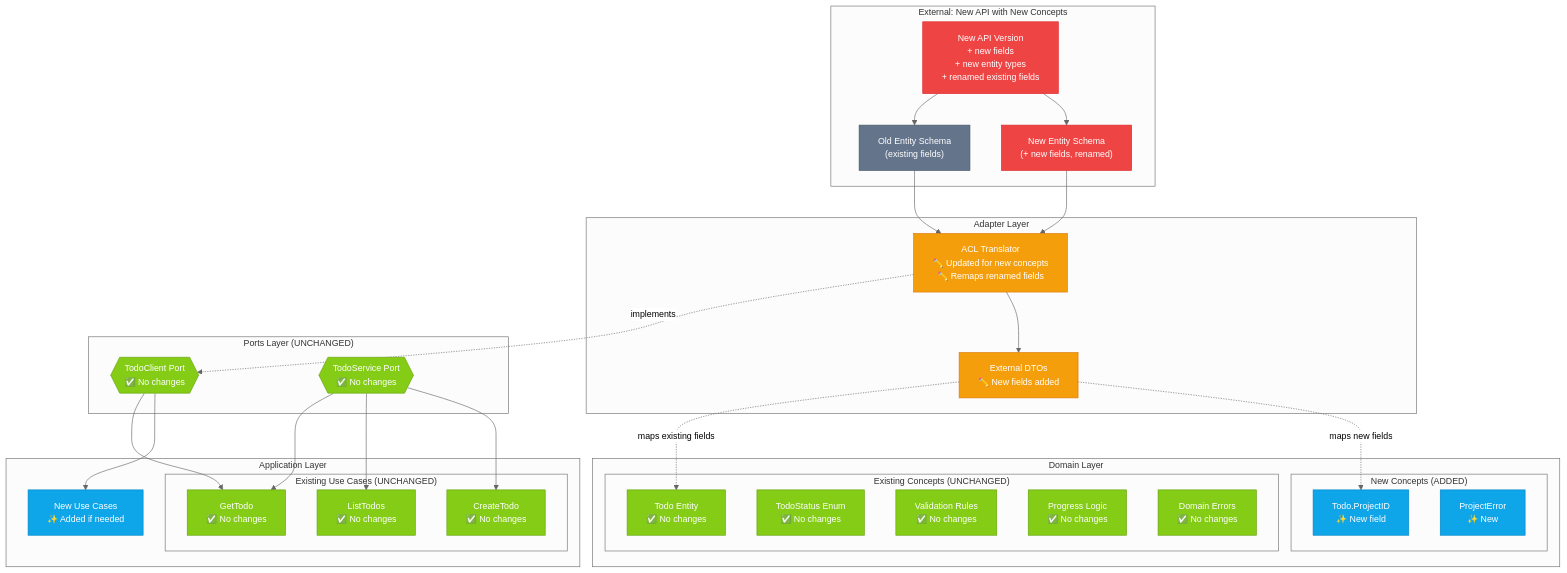
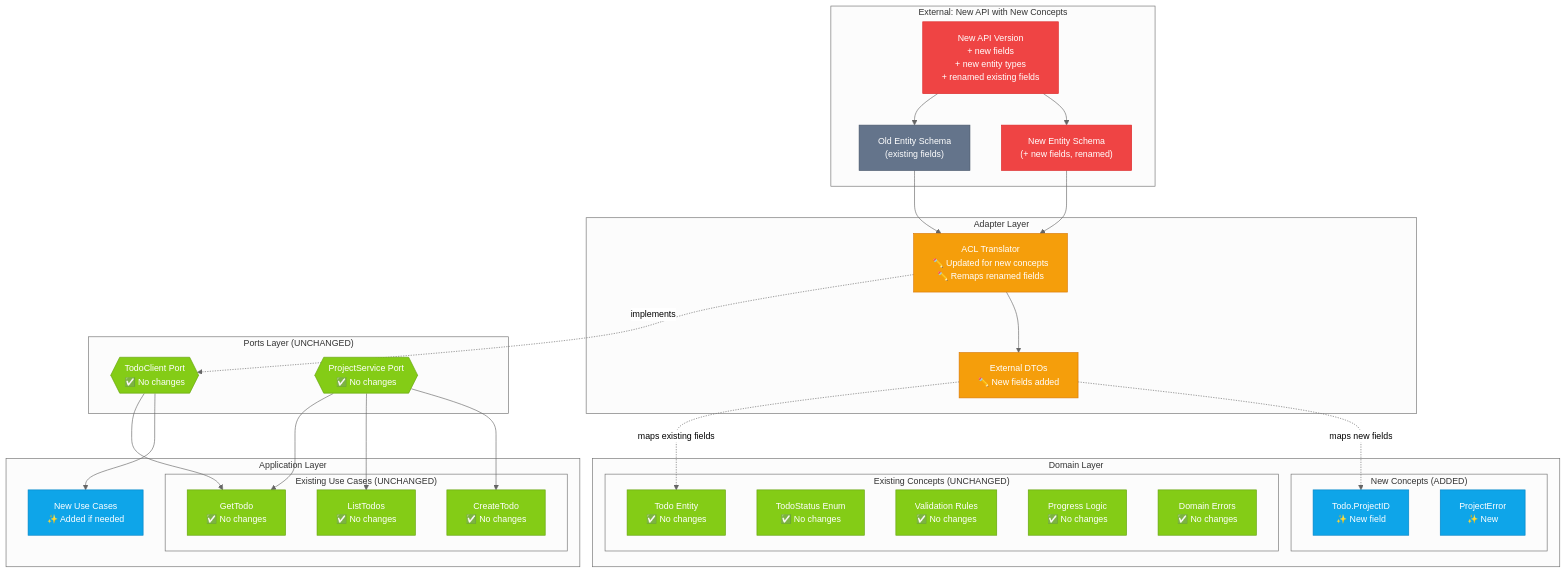
The eighth of 9 diagrams in docs/adr/0001-hexagonal-architecture.md (jsamuelsen11/go-service-template-v2), drawn with Mermaid before and after one commit. The commit also changed other lines of this file and 18 other files, not shown here.

First line of the commit message:
feat: add port interfaces, Project domain entity, and generate mocks

````diff
--- a/docs/adr/0001-hexagonal-architecture.md
+++ b/docs/adr/0001-hexagonal-architecture.md
@@ -565,76 +565,76 @@
 ```mermaid
 %%{init: {'theme': 'neutral', 'themeVariables': { 'fontSize': '14px' }}}%%
 flowchart TB
     subgraph external["External: New API with New Concepts"]
         API["New API Version<br/>+ new fields<br/>+ new entity types<br/>+ renamed existing fields"]
         OldEntity["Old Entity Schema<br/>(existing fields)"]
         NewEntity["New Entity Schema<br/>(+ new fields, renamed)"]
     end
 
     subgraph adapter["Adapter Layer"]
         NewACL["ACL Translator<br/>✏️ Updated for new concepts<br/>✏️ Remaps renamed fields"]
         NewDTO["External DTOs<br/>✏️ New fields added"]
     end
 
     subgraph domain["Domain Layer"]
         subgraph unchanged["Existing Concepts (UNCHANGED)"]
             ExistingEntity["Todo Entity<br/>✅ No changes"]
             ExistingStatus["TodoStatus Enum<br/>✅ No changes"]
             ExistingLogic["Validation Rules<br/>✅ No changes"]
             ExistingProgress["Progress Logic<br/>✅ No changes"]
             ExistingErrors["Domain Errors<br/>✅ No changes"]
         end
         subgraph added["New Concepts (ADDED)"]
             NewFields["Todo.ProjectID<br/>✨ New field"]
             NewErrors["ProjectError<br/>✨ New"]
         end
     end
 
     subgraph app["Application Layer"]
         subgraph existingApp["Existing Use Cases (UNCHANGED)"]
             GetTodo["GetTodo<br/>✅ No changes"]
             ListTodos["ListTodos<br/>✅ No changes"]
             CreateTodo["CreateTodo<br/>✅ No changes"]
         end
         NewUC["New Use Cases<br/>✨ Added if needed"]
     end
 
     subgraph ports["Ports Layer (UNCHANGED)"]
         CliPort{{"TodoClient Port<br/>✅ No changes"}}
-        SvcPort{{"TodoService Port<br/>✅ No changes"}}
+        SvcPort{{"ProjectService Port<br/>✅ No changes"}}
     end
 
     API --> OldEntity
     API --> NewEntity
     OldEntity --> NewACL
     NewEntity --> NewACL
     NewACL -.->|"implements"| CliPort
     NewACL --> NewDTO
     NewDTO -.->|"maps existing fields"| ExistingEntity
     NewDTO -.->|"maps new fields"| NewFields
     CliPort --> GetTodo
     CliPort --> NewUC
     SvcPort --> GetTodo
     SvcPort --> ListTodos
     SvcPort --> CreateTodo
 
     style API fill:#ef4444,stroke:#dc2626,color:#fff
     style OldEntity fill:#64748b,stroke:#475569,color:#fff
     style NewEntity fill:#ef4444,stroke:#dc2626,color:#fff
     style NewACL fill:#f59e0b,stroke:#d97706,color:#fff
     style NewDTO fill:#f59e0b,stroke:#d97706,color:#fff
     style ExistingEntity fill:#84cc16,stroke:#65a30d,color:#fff
     style ExistingStatus fill:#84cc16,stroke:#65a30d,color:#fff
     style ExistingLogic fill:#84cc16,stroke:#65a30d,color:#fff
     style ExistingProgress fill:#84cc16,stroke:#65a30d,color:#fff
     style ExistingErrors fill:#84cc16,stroke:#65a30d,color:#fff
     style NewFields fill:#0ea5e9,stroke:#0284c7,color:#fff
     style NewErrors fill:#0ea5e9,stroke:#0284c7,color:#fff
     style GetTodo fill:#84cc16,stroke:#65a30d,color:#fff
     style ListTodos fill:#84cc16,stroke:#65a30d,color:#fff
     style CreateTodo fill:#84cc16,stroke:#65a30d,color:#fff
     style NewUC fill:#0ea5e9,stroke:#0284c7,color:#fff
     style CliPort fill:#84cc16,stroke:#65a30d,color:#fff
     style SvcPort fill:#84cc16,stroke:#65a30d,color:#fff
 
 ```
````
